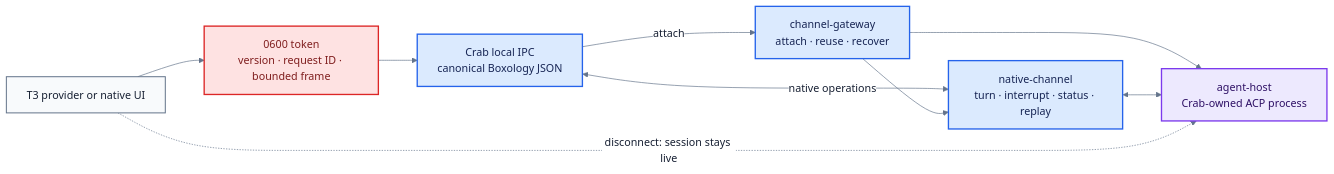
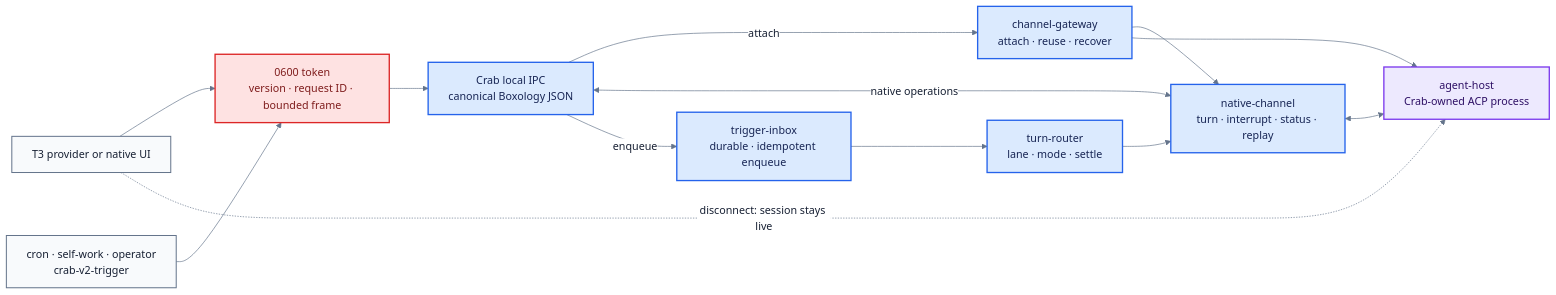
The diagram in v2/docs/channel-ipc-flow.mmd (fontanierh/crab), drawn with Mermaid before and after one commit. The commit also changed 11 other files, not shown here.

Commit message:
feat(v2): restore durable trigger CLI (#216)

```diff
--- a/v2/docs/channel-ipc-flow.mmd
+++ b/v2/docs/channel-ipc-flow.mmd
@@ -1,25 +1,30 @@
 %%{init: {"theme": "base", "themeVariables": {"fontFamily": "ui-sans-serif, system-ui, sans-serif", "primaryTextColor": "#172033", "lineColor": "#64748b", "edgeLabelBackground": "#ffffff"}, "flowchart": {"curve": "basis", "nodeSpacing": 44, "rankSpacing": 58}}}%%
 flowchart LR
     UI["T3 provider or native UI"]
+    PRODUCER["cron · self-work · operator<br/>crab-v2-trigger"]
     AUTH["0600 token<br/>version · request ID · bounded frame"]
     IPC["Crab local IPC<br/>canonical Boxology JSON"]
     GATEWAY["channel-gateway<br/>attach · reuse · recover"]
+    INBOX["trigger-inbox<br/>durable · idempotent enqueue"]
+    ROUTER["turn-router<br/>lane · mode · settle"]
     CHANNEL["native-channel<br/>turn · interrupt · status · replay"]
     HOST["agent-host<br/>Crab-owned ACP process"]
 
     UI --> AUTH --> IPC
+    PRODUCER --> AUTH
     IPC -->|"attach"| GATEWAY
     IPC <-->|"native operations"| CHANNEL
+    IPC -->|"enqueue"| INBOX --> ROUTER --> CHANNEL
     GATEWAY --> CHANNEL
     GATEWAY --> HOST
     CHANNEL <--> HOST
     UI -. "disconnect: session stays live" .-> HOST
 
     classDef client fill:#f8fafc,stroke:#64748b,stroke-width:1.5px,color:#172033;
     classDef guard fill:#fee2e2,stroke:#dc2626,stroke-width:2px,color:#7f1d1d;
     classDef channel fill:#dbeafe,stroke:#2563eb,stroke-width:2px,color:#172554;
     classDef agent fill:#ede9fe,stroke:#7c3aed,stroke-width:2px,color:#2e1065;
-    class UI client;
+    class UI,PRODUCER client;
     class AUTH guard;
-    class IPC,GATEWAY,CHANNEL channel;
+    class IPC,GATEWAY,INBOX,ROUTER,CHANNEL channel;
     class HOST agent;
```
